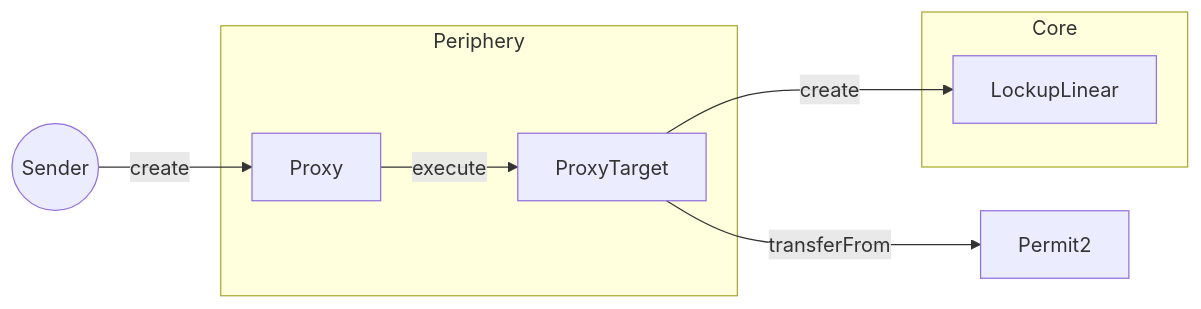
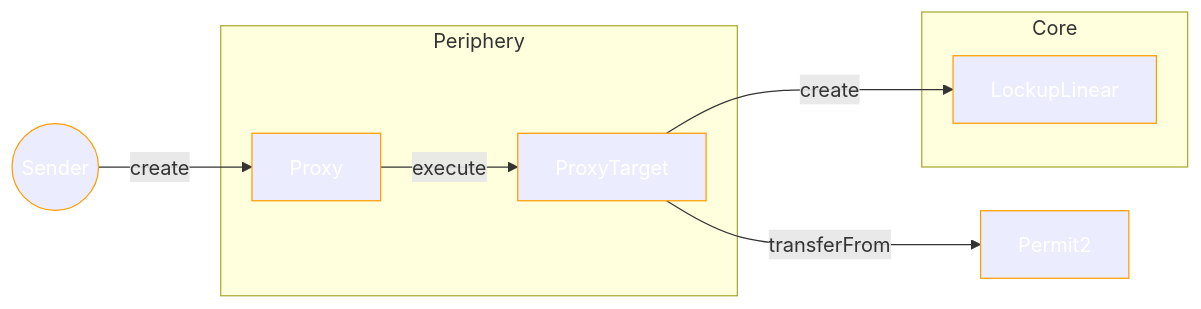
Before and after one commit to sablier-labs/docs: the fourth of 8 diagrams in docs/contracts/v2/reference/02-diagrams.md, drawn with Mermaid. The commit also changed other lines of this file, not shown here.

````diff
--- a/docs/contracts/v2/reference/02-diagrams.md
+++ b/docs/contracts/v2/reference/02-diagrams.md
@@ -105,16 +107,18 @@
 ```mermaid
 flowchart LR
+	classDef object stroke:#ff9C00,color:#ffffff;
   S((Sender))
   P2[Permit2]
   subgraph Periphery
     P[Proxy]
     PT[ProxyTarget]
   end
   subgraph Core
     LL[LockupLinear]
   end
   S -- "create" --> P
   P -- "execute" --> PT
   PT -- "transferFrom" --> P2
   PT -- "create" --> LL
+	class S,P,PT,P2,LL object;
 ```
````
